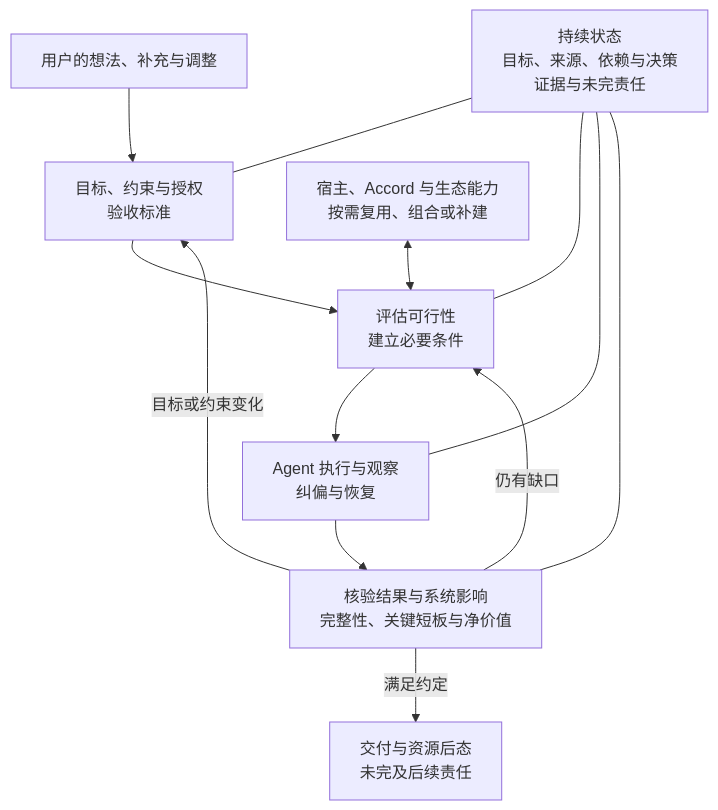
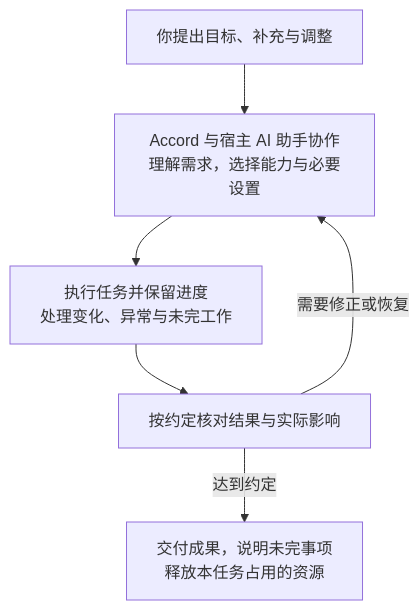
Before and after one commit to yiheng8023/YIYUAN-Accord: the diagram in README.zh-CN.md, drawn with Mermaid. The commit also changed other lines of this file and 8 other files, not shown here.

````diff
--- a/README.zh-CN.md
+++ b/README.zh-CN.md
@@ -51,15 +47,8 @@
 ```mermaid
 flowchart TD
-    U["用户的想法、补充与调整"] --> T["目标、约束与授权<br/>验收标准"]
-    T --> C["评估可行性<br/>建立必要条件"]
-    H["宿主、Accord 与生态能力<br/>按需复用、组合或补建"] <--> C
-    C --> E["Agent 执行与观察<br/>纠偏与恢复"]
-    E --> V["核验结果与系统影响<br/>完整性、关键短板与净价值"]
-    V -->|仍有缺口| C
-    V -->|目标或约束变化| T
-    V -->|满足约定| R["交付与资源后态<br/>未完及后续责任"]
-    S["持续状态<br/>目标、来源、依赖与决策<br/>证据与未完责任"] --- T
-    S --- C
-    S --- E
-    S --- V
+    U["你提出目标、补充与调整"] --> A["Accord 与宿主 AI 助手协作<br/>理解需求，选择能力与必要设置"]
+    A --> E["执行任务并保留进度<br/>处理变化、异常与未完工作"]
+    E --> V["按约定核对结果与实际影响"]
+    V -->|需要修正或恢复| A
+    V -->|达到约定| R["交付成果，说明未完事项<br/>释放本任务占用的资源"]
 ```
````
